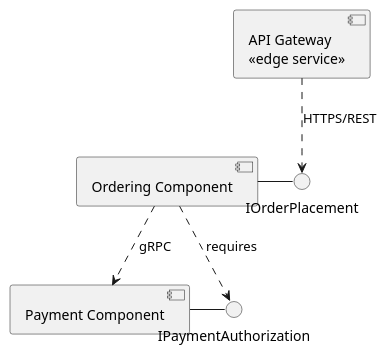
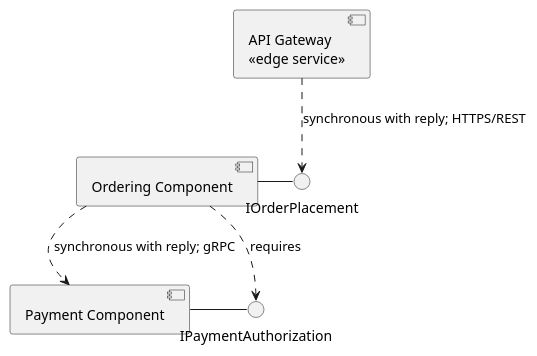
Before and after one commit to nttung42/SWD392: diagram 11 of 13 in .agents/.skills/comet-diagrams/references/plantuml-templates.md, drawn with PlantUML. The commit also changed other lines of this file and 4 other files, not shown here.

````diff
--- a/.agents/.skills/comet-diagrams/references/plantuml-templates.md
+++ b/.agents/.skills/comet-diagrams/references/plantuml-templates.md
@@ -229,17 +252,17 @@
 ```plantuml
 @startuml
 skinparam componentStyle uml2
 
 component "API Gateway\n«edge service»" as Gateway
 component "Ordering Component" as Ordering
 component "Payment Component" as Payment
 interface "IOrderPlacement" as IOrderPlacement
 interface "IPaymentAuthorization" as IPaymentAuthorization
 
-Gateway ..> IOrderPlacement : HTTPS/REST
+Gateway ..> IOrderPlacement : synchronous with reply; HTTPS/REST
 Ordering - IOrderPlacement
 Ordering ..> IPaymentAuthorization : requires
 Payment - IPaymentAuthorization
-Ordering ..> Payment : gRPC
+Ordering ..> Payment : synchronous with reply; gRPC
 @enduml
 ```
````
